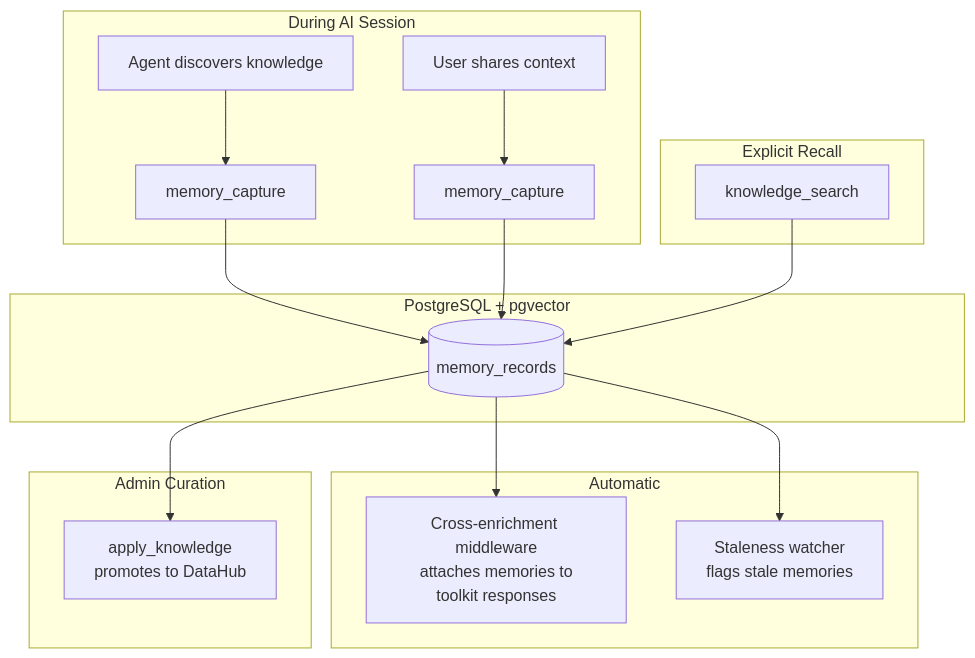
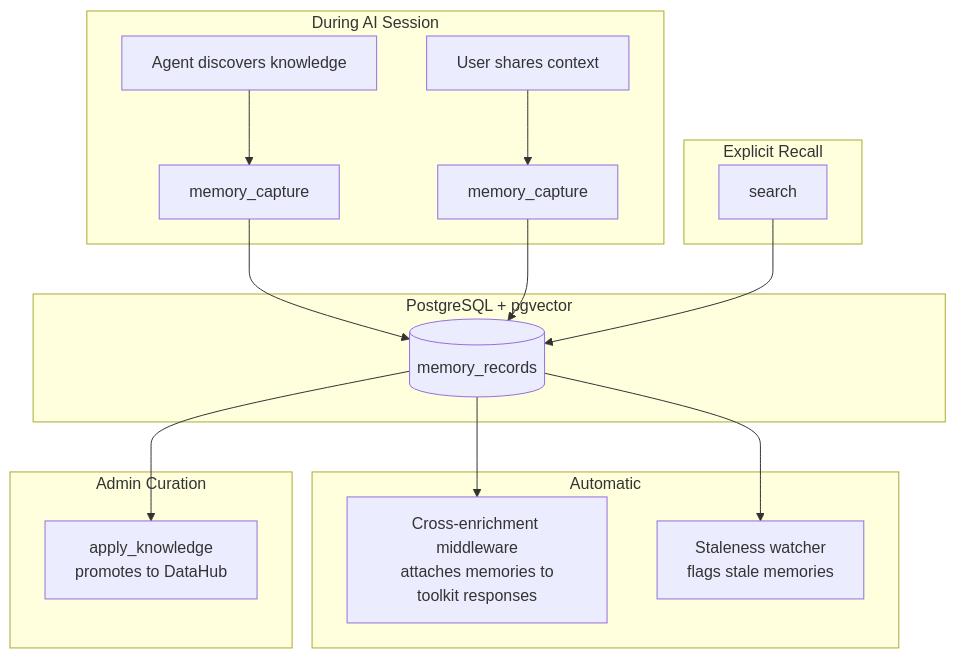
The diagram in docs/memory/overview.md (txn2/mcp-data-platform), drawn with Mermaid before and after one commit. The commit also changed other lines of this file and 44 other files, not shown here.

````diff
--- a/docs/memory/overview.md
+++ b/docs/memory/overview.md
@@ -15,25 +15,25 @@
 ```mermaid
 flowchart TB
     subgraph "During AI Session"
         A[Agent discovers knowledge] --> B[memory_capture]
         C[User shares context] --> D[memory_capture]
     end
 
     subgraph "PostgreSQL + pgvector"
         B --> E[(memory_records)]
         D --> E
     end
 
     subgraph "Automatic"
         E --> F[Cross-enrichment middleware<br/>attaches memories to<br/>toolkit responses]
         E --> G[Staleness watcher<br/>flags stale memories]
     end
 
     subgraph "Explicit Recall"
-        H[knowledge_search] --> E
+        H[search] --> E
     end
 
     subgraph "Admin Curation"
         E --> I[apply_knowledge<br/>promotes to DataHub]
     end
 ```
````
